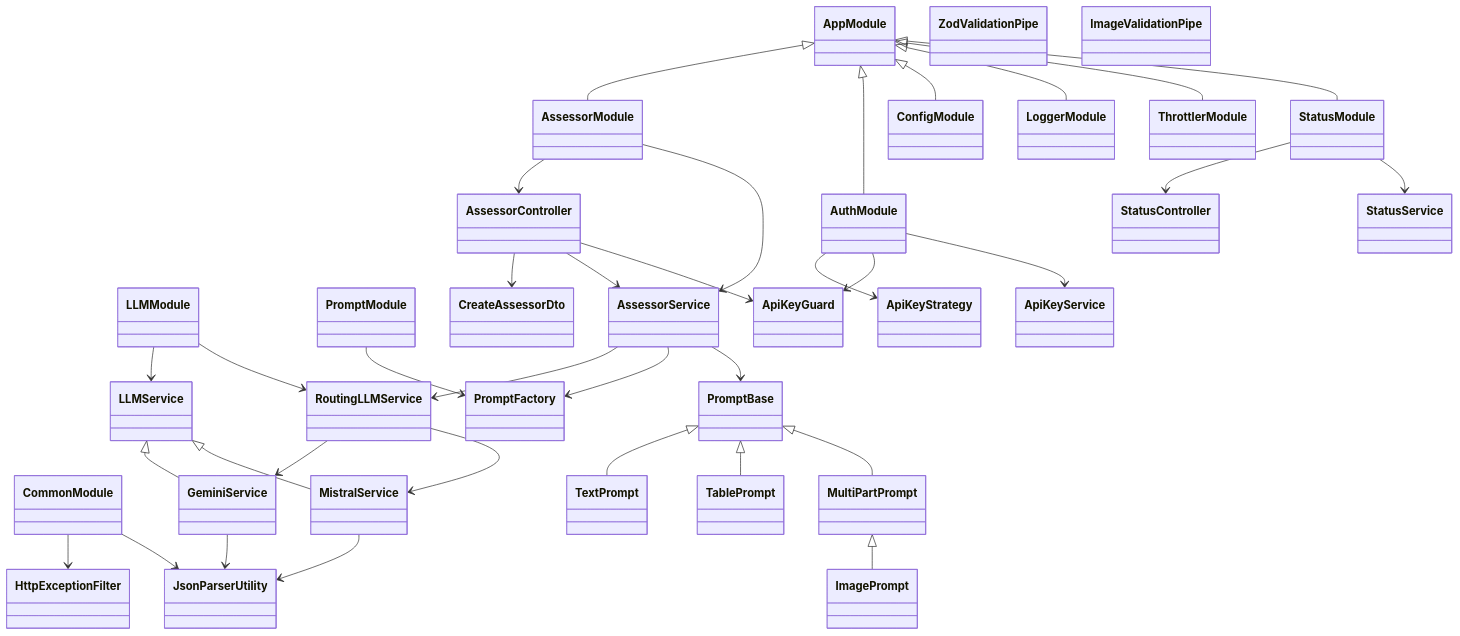
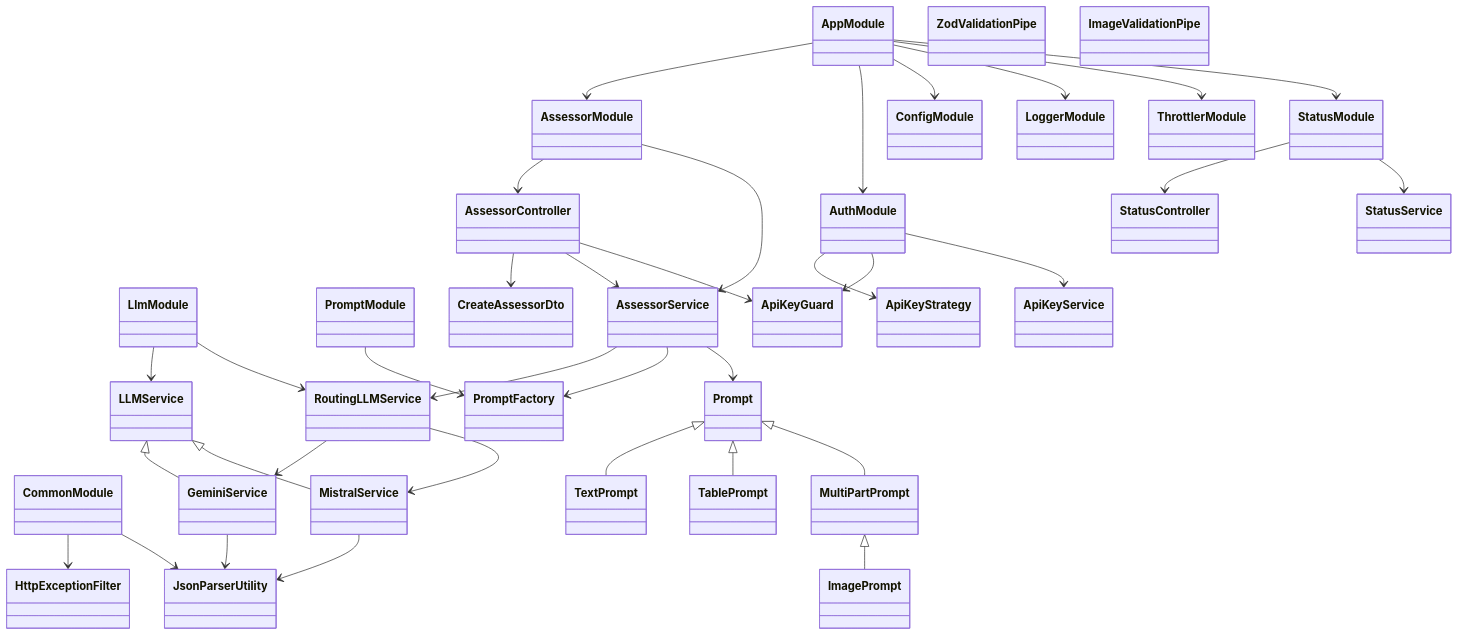
Before and after one commit to h-arnold/AssessmentBot-LLM-Service: the diagram in docs/design/ClassStructure.md, drawn with Mermaid. The commit also changed other lines of this file and 48 other files, not shown here.

````diff
--- a/docs/design/ClassStructure.md
+++ b/docs/design/ClassStructure.md
@@ -10,7 +14,7 @@
     class LoggerModule
     class ThrottlerModule
     class CommonModule
-    class LLMModule
+    class LlmModule
     class PromptModule
     class StatusModule
 
@@ -35,7 +39,7 @@
     class ImageValidationPipe
 
     %% Prompt Hierarchy
-    class PromptBase
+    class Prompt
     class MultiPartPrompt
     class TextPrompt
     class TablePrompt
@@ -48,13 +52,13 @@
     class MistralService
     class RoutingLLMService
 
-    %% Module Relationships
-    AppModule <|-- AssessorModule
-    AppModule <|-- AuthModule
-    AppModule <|-- ConfigModule
-    AppModule <|-- LoggerModule
-    AppModule <|-- ThrottlerModule
-    AppModule <|-- StatusModule
+    %% Module Relationships (composition by import)
+    AppModule --> AssessorModule
+    AppModule --> AuthModule
+    AppModule --> ConfigModule
+    AppModule --> LoggerModule
+    AppModule --> ThrottlerModule
+    AppModule --> StatusModule
 
     %% Assessor Relationships
     AssessorModule --> AssessorController
@@ -79,13 +83,13 @@
     PromptModule --> PromptFactory
 
     %% LLM Module Relationships
-    LLMModule --> LLMService
-    LLMModule --> RoutingLLMService
+    LlmModule --> LLMService
+    LlmModule --> RoutingLLMService
 
     %% Prompt Inheritance
-    PromptBase <|-- TextPrompt
-    PromptBase <|-- TablePrompt
-    PromptBase <|-- MultiPartPrompt
+    Prompt <|-- TextPrompt
+    Prompt <|-- TablePrompt
+    Prompt <|-- MultiPartPrompt
     MultiPartPrompt <|-- ImagePrompt
 
     %% LLM Service Inheritance
@@ -102,5 +106,5 @@
 
     %% Usage Relationships
     AssessorController --> ApiKeyGuard
-    AssessorService --> PromptBase
+    AssessorService --> Prompt
 ```
````
